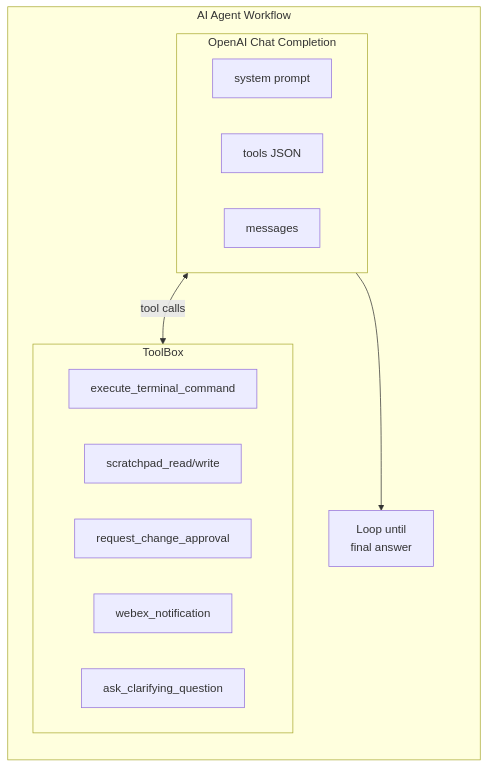
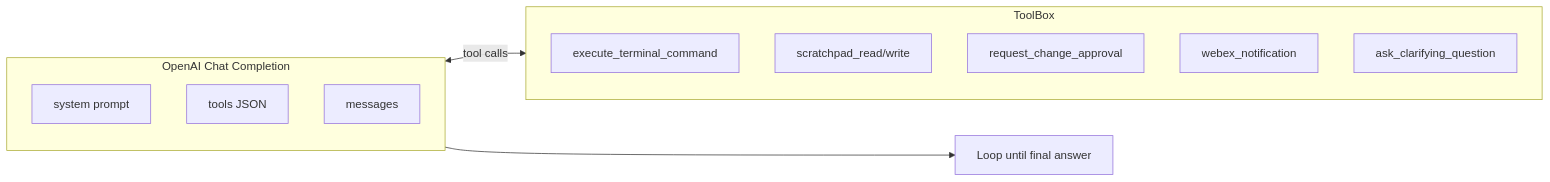
The second of 4 diagrams in lab-guide/docs/lab3.md (ciscomanagedservices/ciscolive26_cw_ai_agents), drawn with Mermaid before and after one commit. The commit also changed 1 other file, not shown here.

Commit message:
Fix Mermaid diagram rendering issues
- lab2.md: Simplified workflow architecture diagram, moved target annotations to separate nodes
- lab3.md: Changed to LR layout, removed nested subgraph wrapper for cleaner rendering

````diff
--- a/lab-guide/docs/lab3.md
+++ b/lab-guide/docs/lab3.md
@@ -25,22 +25,21 @@
 ```mermaid
-flowchart TB
-    subgraph agent["AI Agent Workflow"]
+flowchart LR
+    subgraph LLM["OpenAI Chat Completion"]
         direction TB
-        subgraph llm["OpenAI Chat Completion"]
-            L1[system prompt]
-            L2[tools JSON]
-            L3[messages]
-        end
+        A1[system prompt]
+        A2[tools JSON]
+        A3[messages]
+    end
 
-        subgraph toolbox["ToolBox"]
-            T1[execute_terminal_command]
-            T2[scratchpad_read/write]
-            T3[request_change_approval]
-            T4[webex_notification]
-            T5[ask_clarifying_question]
-        end
+    subgraph Tools["ToolBox"]
+        direction TB
+        B1[execute_terminal_command]
+        B2[scratchpad_read/write]
+        B3[request_change_approval]
+        B4[webex_notification]
+        B5[ask_clarifying_question]
+    end
 
-        llm <-->|tool calls| toolbox
-        llm --> loop["Loop until<br/>final answer"]
-    end
+    LLM <-->|tool calls| Tools
+    LLM --> C[Loop until final answer]
 ```
````
